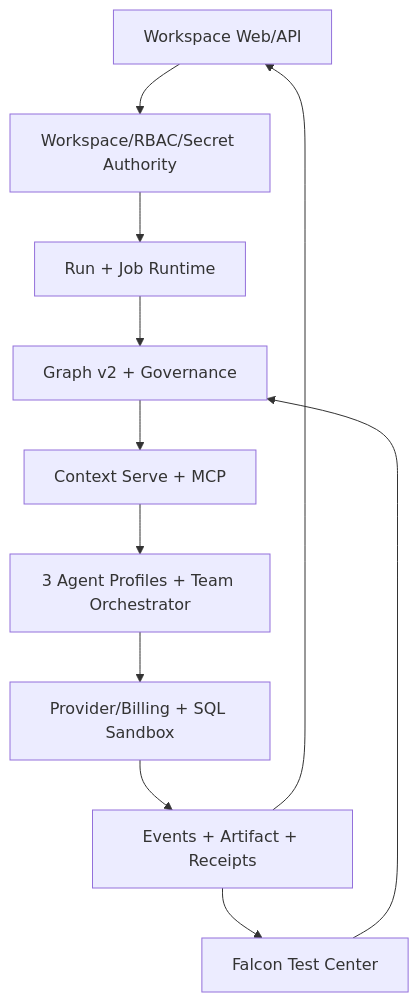
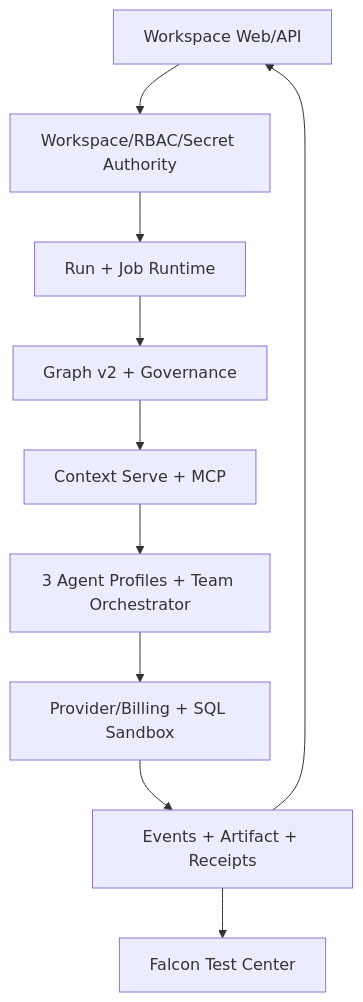
Before and after one commit to LienJack/data-agent: the fourth of 4 diagrams in docs/plans/2026-08-16-001-feat-datafoundry-coa-migration-plan.md, drawn with Mermaid. The commit also changed other lines of this file, not shown here.

````diff
--- a/docs/plans/2026-08-16-001-feat-datafoundry-coa-migration-plan.md
+++ b/docs/plans/2026-08-16-001-feat-datafoundry-coa-migration-plan.md
@@ -1506,23 +1864,22 @@
 ```mermaid
 flowchart TB
     Web["Workspace Web/API"]
     Authority["Workspace/RBAC/Secret Authority"]
     Run["Run + Job Runtime"]
     Semantic["Graph v2 + Governance"]
     Context["Context Serve + MCP"]
     Team["3 Agent Profiles + Team Orchestrator"]
     Execute["Provider/Billing + SQL Sandbox"]
     Evidence["Events + Artifact + Receipts"]
     Eval["Falcon Test Center"]
 
     Web --> Authority
     Authority --> Run
     Run --> Semantic
     Semantic --> Context
     Context --> Team
     Team --> Execute
     Execute --> Evidence
     Evidence --> Web
     Evidence --> Eval
-    Eval --> Semantic
 ```
````
